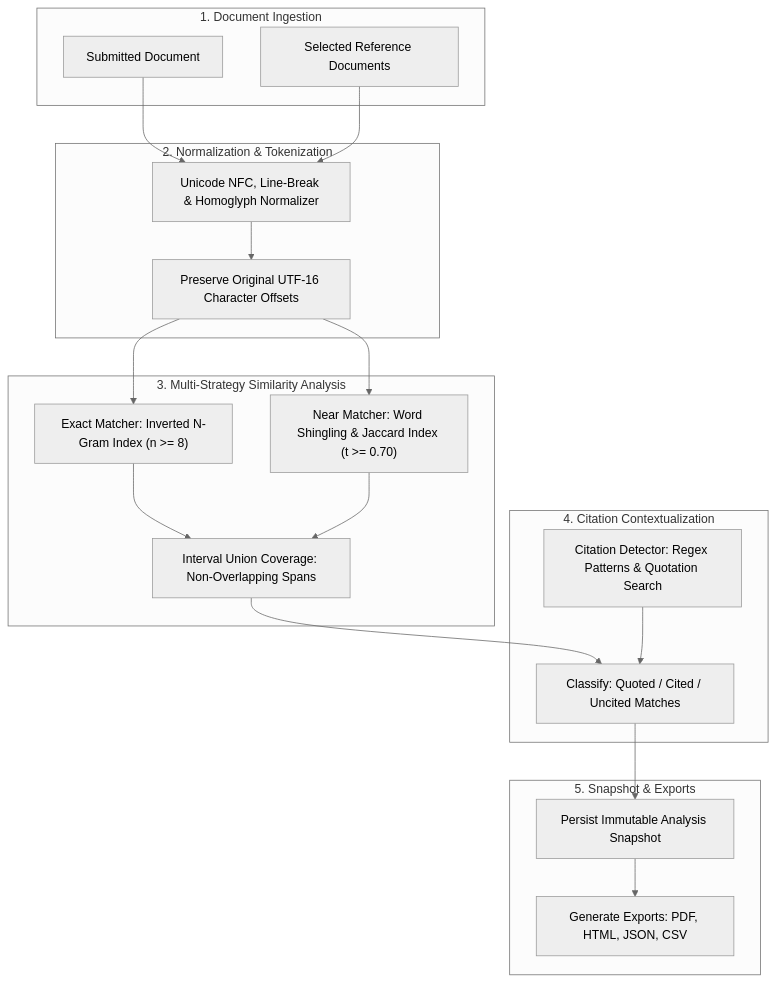
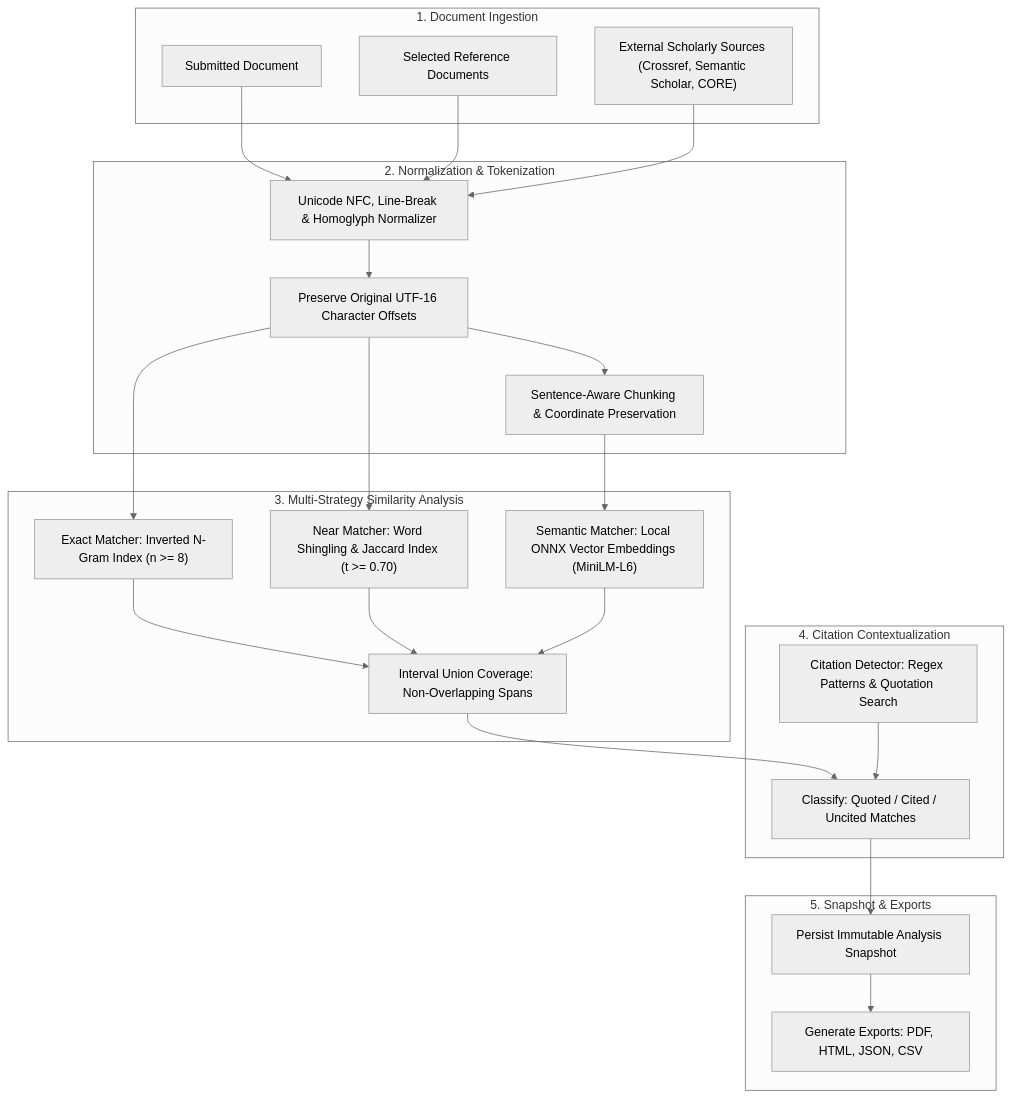
One commit to SadeeshaJayaweera/originality-desk changed the third of 6 diagrams in README.md. Above: the diagram before and after it, drawn with Mermaid (neutral theme). The commit also changed other lines of this file, not shown here.

````diff
--- a/README.md
+++ b/README.md
@@ -150,40 +157,47 @@
 ```mermaid
 flowchart TD
     subgraph Ingestion ["1. Document Ingestion"]
         DocSub["Submitted Document"]
         DocRefs["Selected Reference Documents"]
+        ExtRefs["External Scholarly Sources (Crossref, Semantic Scholar, CORE)"]
     end
 
     subgraph Normalization ["2. Normalization & Tokenization"]
         Norm["Unicode NFC, Line-Break & Homoglyph Normalizer"]
         Offsets["Preserve Original UTF-16 Character Offsets"]
+        Chunks["Sentence-Aware Chunking & Coordinate Preservation"]
     end
 
     subgraph Similarity ["3. Multi-Strategy Similarity Analysis"]
         Exact["Exact Matcher: Inverted N-Gram Index (n >= 8)"]
         Near["Near Matcher: Word Shingling & Jaccard Index (t >= 0.70)"]
+        Semantic["Semantic Matcher: Local ONNX Vector Embeddings (MiniLM-L6)"]
         Union["Interval Union Coverage: Non-Overlapping Spans"]
     end
 
     subgraph Citation ["4. Citation Contextualization"]
         Cite["Citation Detector: Regex Patterns & Quotation Search"]
         Context["Classify: Quoted / Cited / Uncited Matches"]
     end
 
     subgraph Persistence ["5. Snapshot & Exports"]
         Snapshot["Persist Immutable Analysis Snapshot"]
         Exports["Generate Exports: PDF, HTML, JSON, CSV"]
     end
 
     DocSub --> Norm
     DocRefs --> Norm
+    ExtRefs --> Norm
     Norm --> Offsets
+    Offsets --> Chunks
     Offsets --> Exact
     Offsets --> Near
+    Chunks --> Semantic
     Exact --> Union
     Near --> Union
+    Semantic --> Union
     Union --> Context
     Cite --> Context
     Context --> Snapshot
     Snapshot --> Exports
 ```
````
